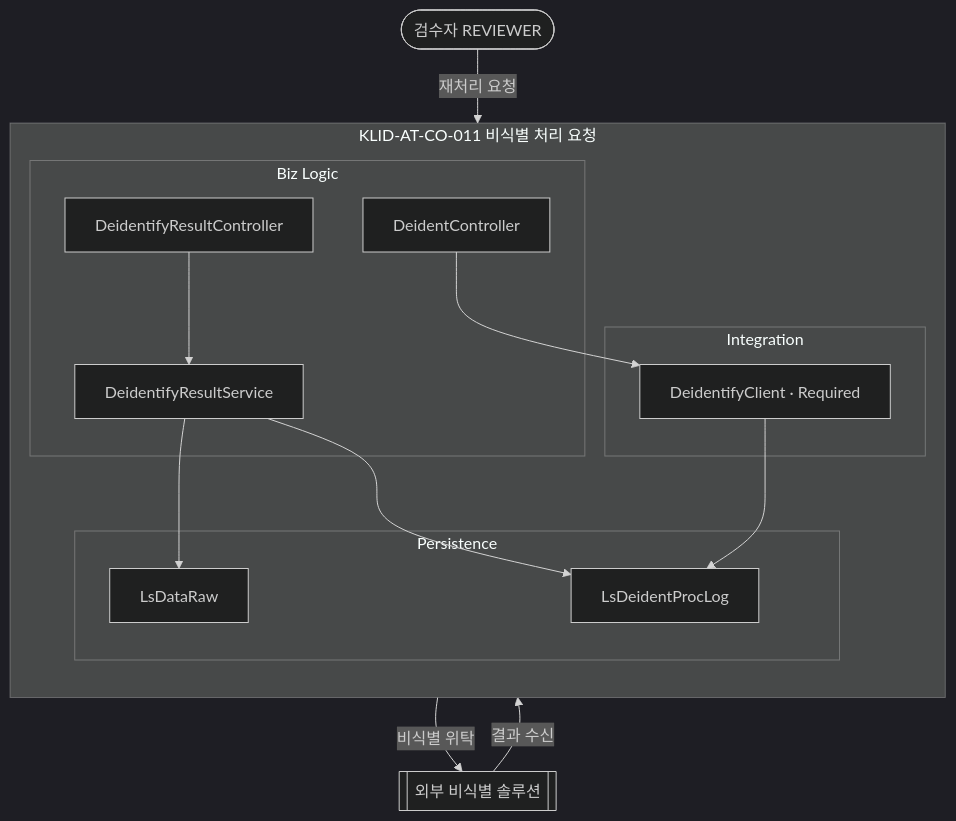
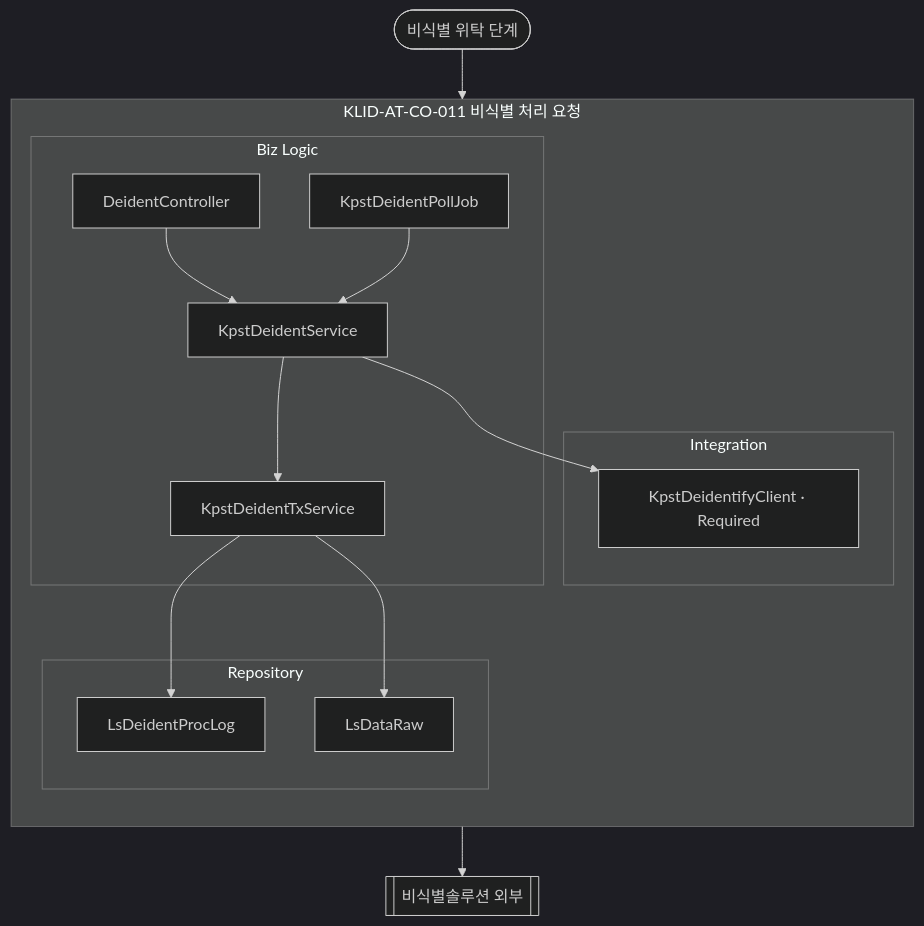
Before and after one commit to New-stella/klid-label: diagram 11 of 18 in docs/design/D3-컴포넌트설계서.md, drawn with Mermaid (dark theme). The commit also changed other lines of this file and 7 other files, not shown here.

````diff
--- a/docs/design/D3-컴포넌트설계서.md
+++ b/docs/design/D3-컴포넌트설계서.md
@@ -355,28 +341,29 @@
 ```mermaid
 flowchart TD
-    REVIEWER([검수자 REVIEWER])
-    DEEXT[[외부 비식별 솔루션]]
+    STEP([비식별 위탁 단계])
+    DEID[[비식별솔루션 외부]]
     subgraph CO011[KLID-AT-CO-011 비식별 처리 요청]
         direction TB
         subgraph BIZ11[Biz Logic]
-            DC[DeidentController]
-            DRC[DeidentifyResultController]
-            DRS[DeidentifyResultService]
+            DCC[DeidentController]
+            KDS[KpstDeidentService]
+            KPJ[KpstDeidentPollJob]
+            KTX[KpstDeidentTxService]
         end
         subgraph INT11[Integration]
-            DCL[DeidentifyClient · Required]
+            KDC[KpstDeidentifyClient · Required]
         end
-        subgraph PER11[Persistence]
-            LDR[LsDataRaw]
-            LPL[LsDeidentProcLog]
+        subgraph REP11[Repository]
+            PLG[LsDeidentProcLog]
+            RAW11[LsDataRaw]
         end
-        DC --> DCL
-        DCL --> LPL
-        DRC --> DRS
-        DRS --> LPL
-        DRS --> LDR
+        DCC --> KDS
+        KPJ --> KDS
+        KDS --> KDC
+        KDS --> KTX
+        KTX --> PLG
+        KTX --> RAW11
     end
-    REVIEWER -->|재처리 요청| DC
-    DCL -->|비식별 위탁| DEEXT
-    DEEXT -->|결과 수신| DRC
+    STEP --> KDS
+    KDC --> DEID
 ```
````
